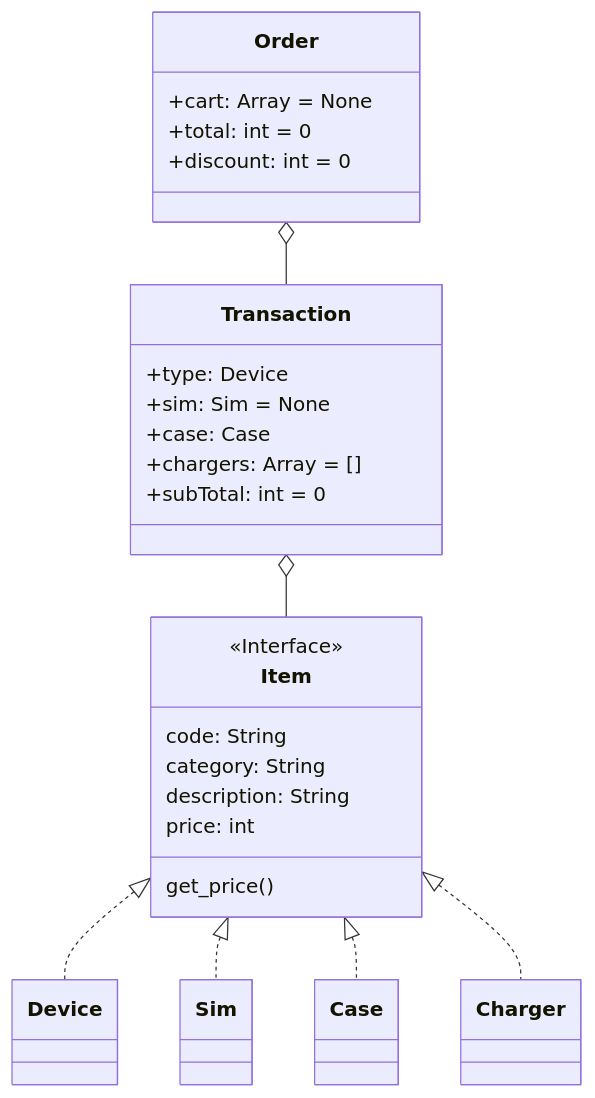
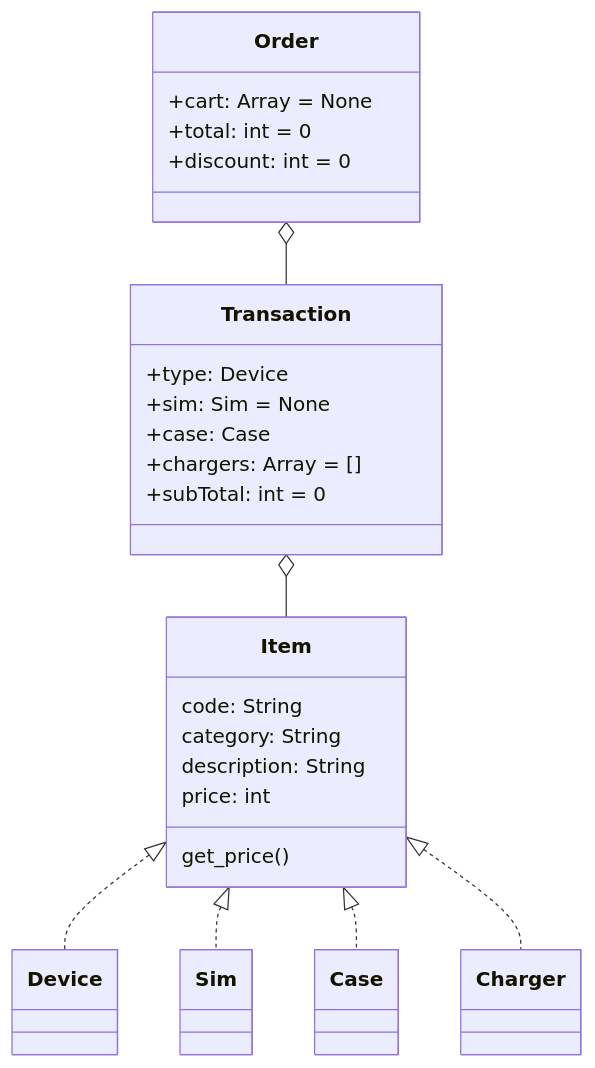
The diagram in docs/README.md (matbgn/terminal-shop), drawn with Mermaid before and after one commit. The commit also changed 5 other files, not shown here.

````diff
--- a/docs/README.md
+++ b/docs/README.md
@@ -5,34 +5,33 @@
 ```mermaid
 classDiagram
     Item <|.. Device
     Item <|.. Sim
     Item <|.. Case
     Item <|.. Charger
     
     Order o-- Transaction
     
     Transaction o-- Item
     
     class Item {
-      <<Interface>>
       code: String
       category: String
       description: String
       price: int
       get_price()
     }
     
     class Order {
       +cart: Array<Transaction> = None
       +total: int = 0
       +discount: int = 0
     }
     
     class Transaction {
       +type: Device
       +sim: Sim = None
       +case: Case
       +chargers: Array<Charger> = []
       +subTotal: int = 0
     }
 ```
````
